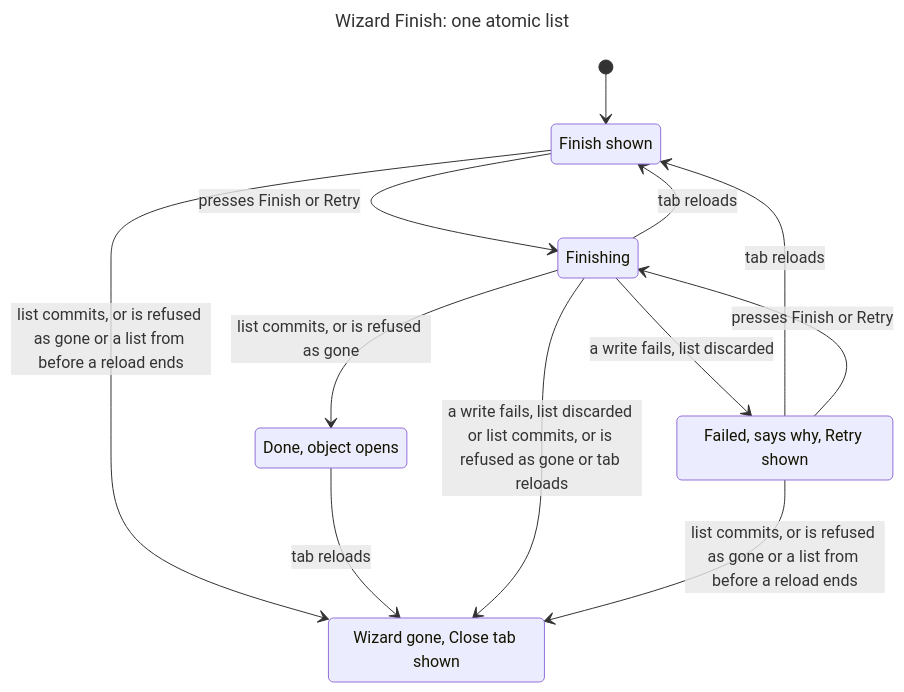
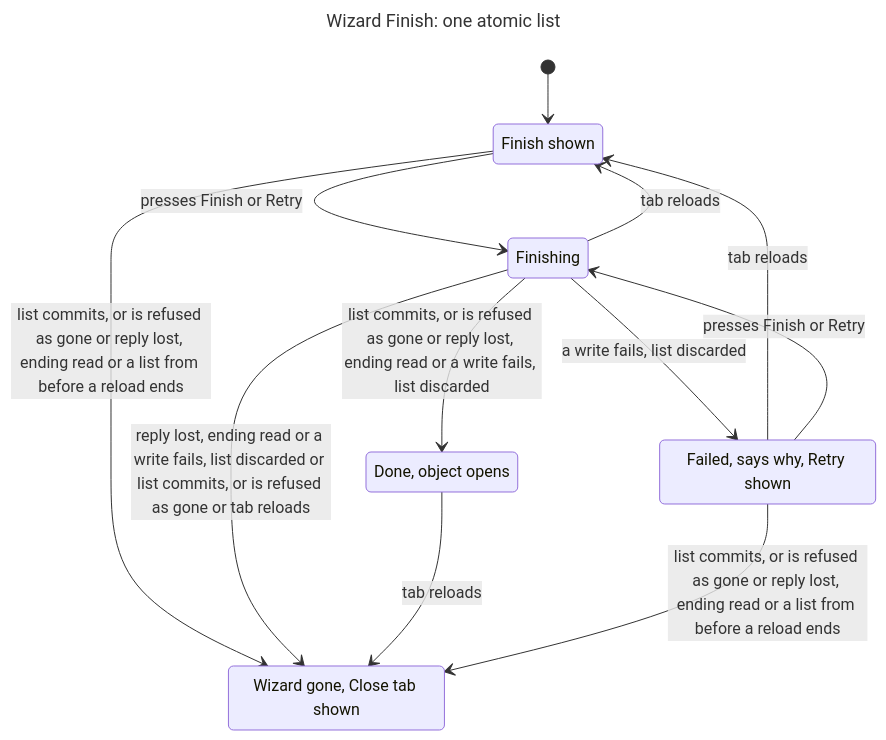
Before and after one commit to s4wave/spacewave: the diagram in app/wizard/WizardFinish.chart.mmd, drawn with Mermaid. The commit also changed 47 other files, not shown here.

```diff
--- a/app/wizard/WizardFinish.chart.mmd
+++ b/app/wizard/WizardFinish.chart.mmd
@@ -1,20 +1,20 @@
 ---
 title: "Wizard Finish: one atomic list"
 ---
 stateDiagram-v2
   s0: Finish shown
   s1: Finishing
   s2: Wizard gone, Close tab shown
   s3: Done, object opens
   s4: Failed, says why, Retry shown
   [*] --> s0
   s0 --> s1: presses Finish or Retry
-  s0 --> s2: list commits, or is refused as gone or a list from before a reload ends
-  s1 --> s3: list commits, or is refused as gone
+  s0 --> s2: list commits, or is refused as gone or reply lost, ending read or a list from before a reload ends
+  s1 --> s3: list commits, or is refused as gone or reply lost, ending read or a write fails, list discarded
+  s1 --> s2: reply lost, ending read or a write fails, list discarded or list commits, or is refused as gone or tab reloads
   s1 --> s4: a write fails, list discarded
   s1 --> s0: tab reloads
   s3 --> s2: tab reloads
   s4 --> s0: tab reloads
   s4 --> s1: presses Finish or Retry
-  s1 --> s2: a write fails, list discarded or list commits, or is refused as gone or tab reloads
-  s4 --> s2: list commits, or is refused as gone or a list from before a reload ends
+  s4 --> s2: list commits, or is refused as gone or reply lost, ending read or a list from before a reload ends
```
